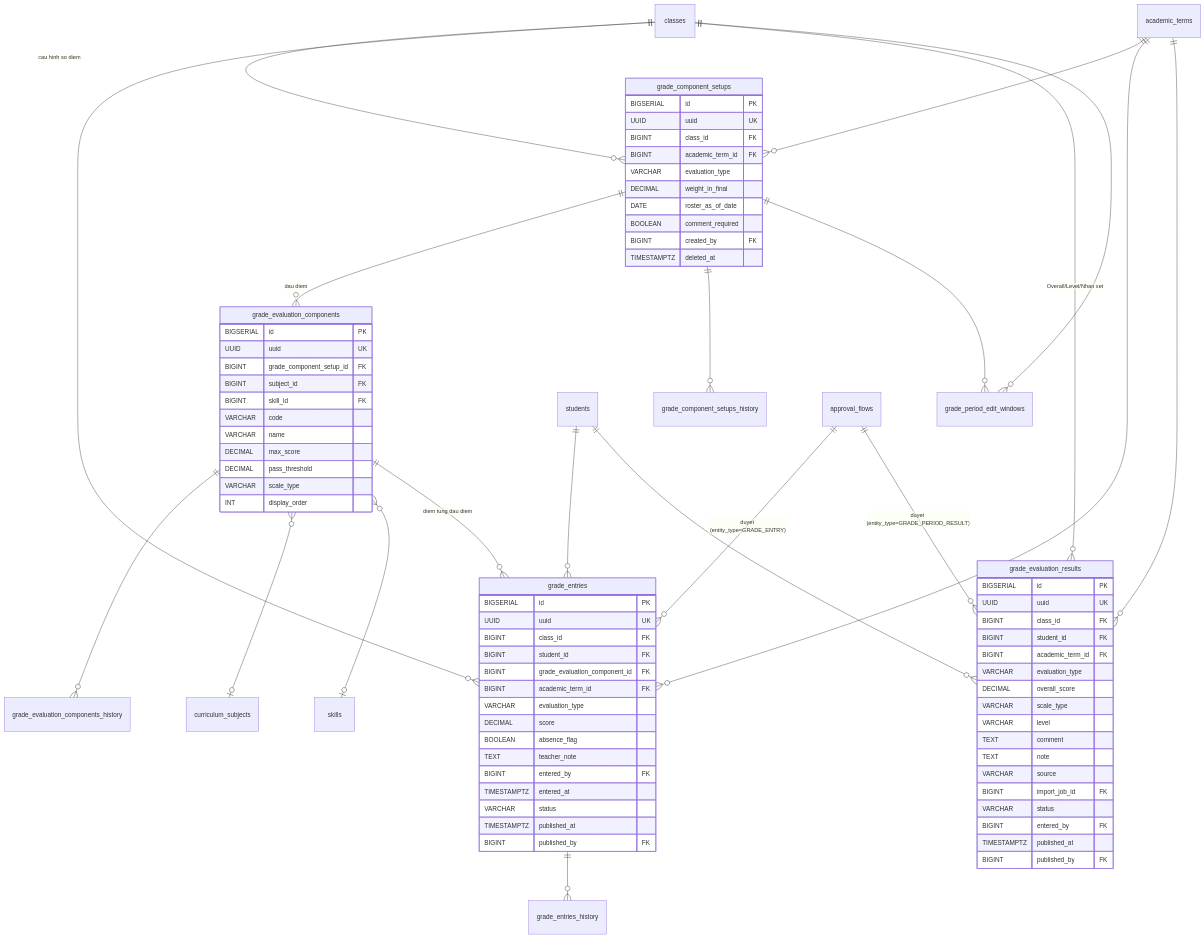
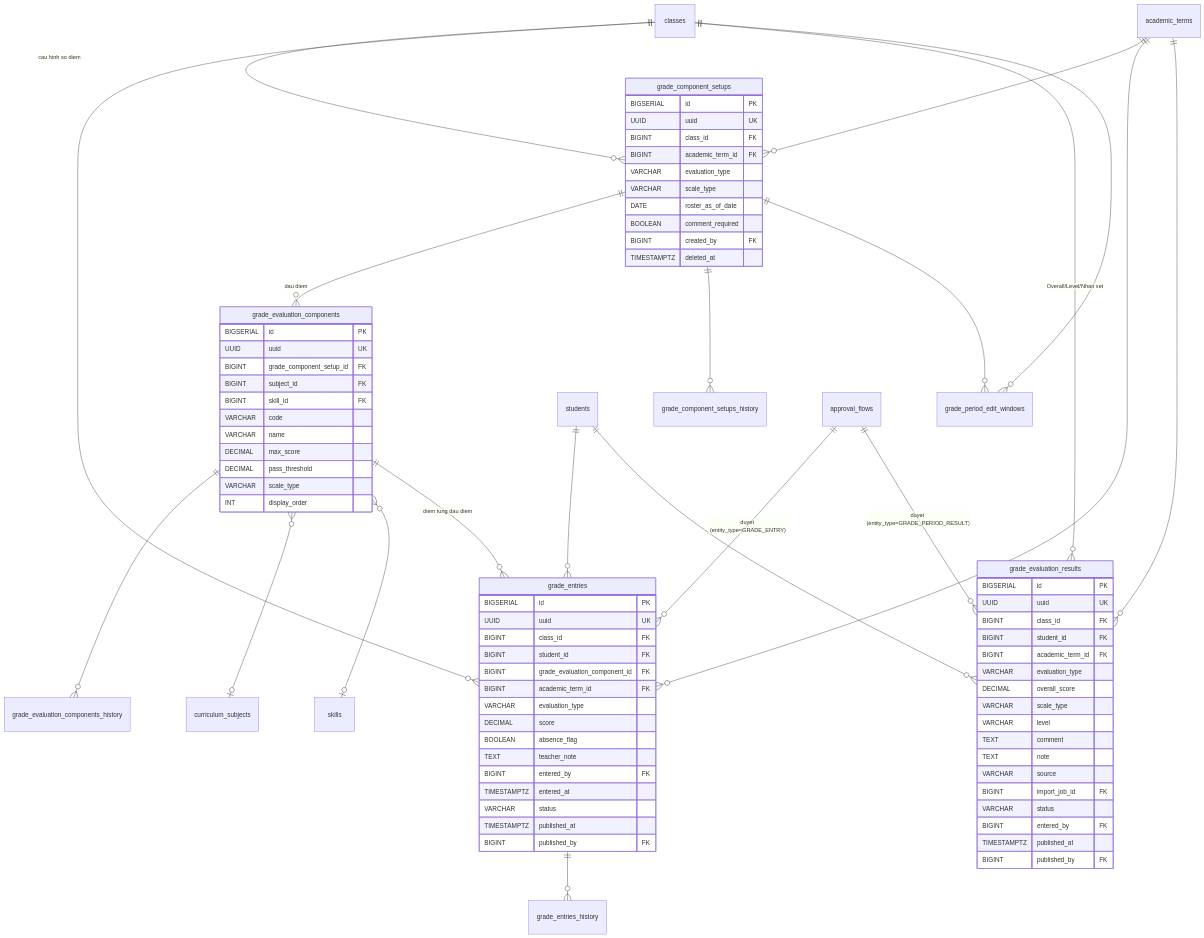
Before and after one commit to langtuananh2424/pps-education: the third of 4 diagrams in docs/sdd-groups/06-hoc-thuat.md, drawn with Mermaid. The commit also changed other lines of this file and 17 other files, not shown here.

```diff
--- a/docs/sdd-groups/06-hoc-thuat.md
+++ b/docs/sdd-groups/06-hoc-thuat.md
@@ -850,7 +850,7 @@
         BIGINT class_id FK
         BIGINT academic_term_id FK
         VARCHAR evaluation_type
-        DECIMAL weight_in_final
+        VARCHAR scale_type
         DATE roster_as_of_date
         BOOLEAN comment_required
         BIGINT created_by FK
```
